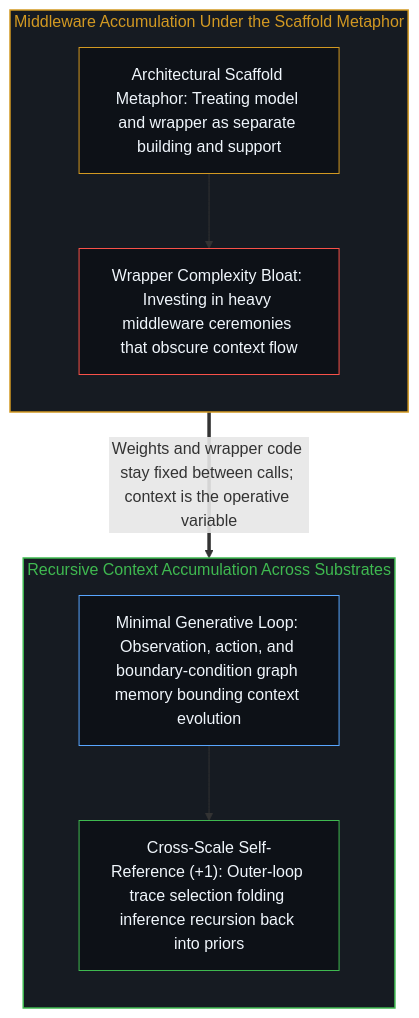
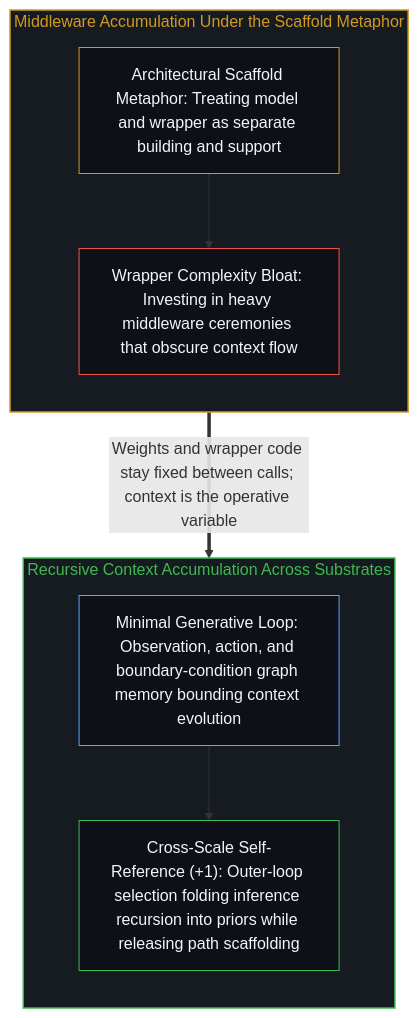
The second of 2 diagrams in content/posts/scaffolds-or-specialized-contexts.md (powerpig99/not-a-toe), drawn with Mermaid before and after one commit. The commit also changed other lines of this file and 13 other files, not shown here.

````diff
--- a/content/posts/scaffolds-or-specialized-contexts.md
+++ b/content/posts/scaffolds-or-specialized-contexts.md
@@ -42,22 +42,22 @@
 ```mermaid
 flowchart TD
     subgraph S_Wrapper["Middleware Accumulation Under the Scaffold Metaphor"]
         direction TB
         Metaphor["Architectural Scaffold Metaphor: Treating model and wrapper as separate building and support"]
         Bloat["Wrapper Complexity Bloat: Investing in heavy middleware ceremonies that obscure context flow"]
         Metaphor --> Bloat
     end
     subgraph S_Context["Recursive Context Accumulation Across Substrates"]
         direction TB
         MinLoop["Minimal Generative Loop: Observation, action, and boundary-condition graph memory bounding context evolution"]
-        SelfRef["Cross-Scale Self-Reference (+1): Outer-loop trace selection folding inference recursion back into priors"]
+        SelfRef["Cross-Scale Self-Reference (+1): Outer-loop selection folding inference recursion into priors while releasing path scaffolding"]
         MinLoop --> SelfRef
     end
     Bloat ==>|"Weights and wrapper code stay fixed between calls; context is the operative variable"| MinLoop
     style S_Wrapper fill:#161b22,stroke:#d29922,stroke-width:1.5px,color:#d29922
     style S_Context fill:#161b22,stroke:#3fb950,stroke-width:1.5px,color:#3fb950
     style Metaphor fill:#0d1117,stroke:#d29922,stroke-width:1px,color:#f0f6fc
     style Bloat fill:#0d1117,stroke:#f85149,stroke-width:1px,color:#f0f6fc
     style MinLoop fill:#0d1117,stroke:#58a6ff,stroke-width:1px,color:#f0f6fc
     style SelfRef fill:#0d1117,stroke:#3fb950,stroke-width:1px,color:#f0f6fc
 ```
````
